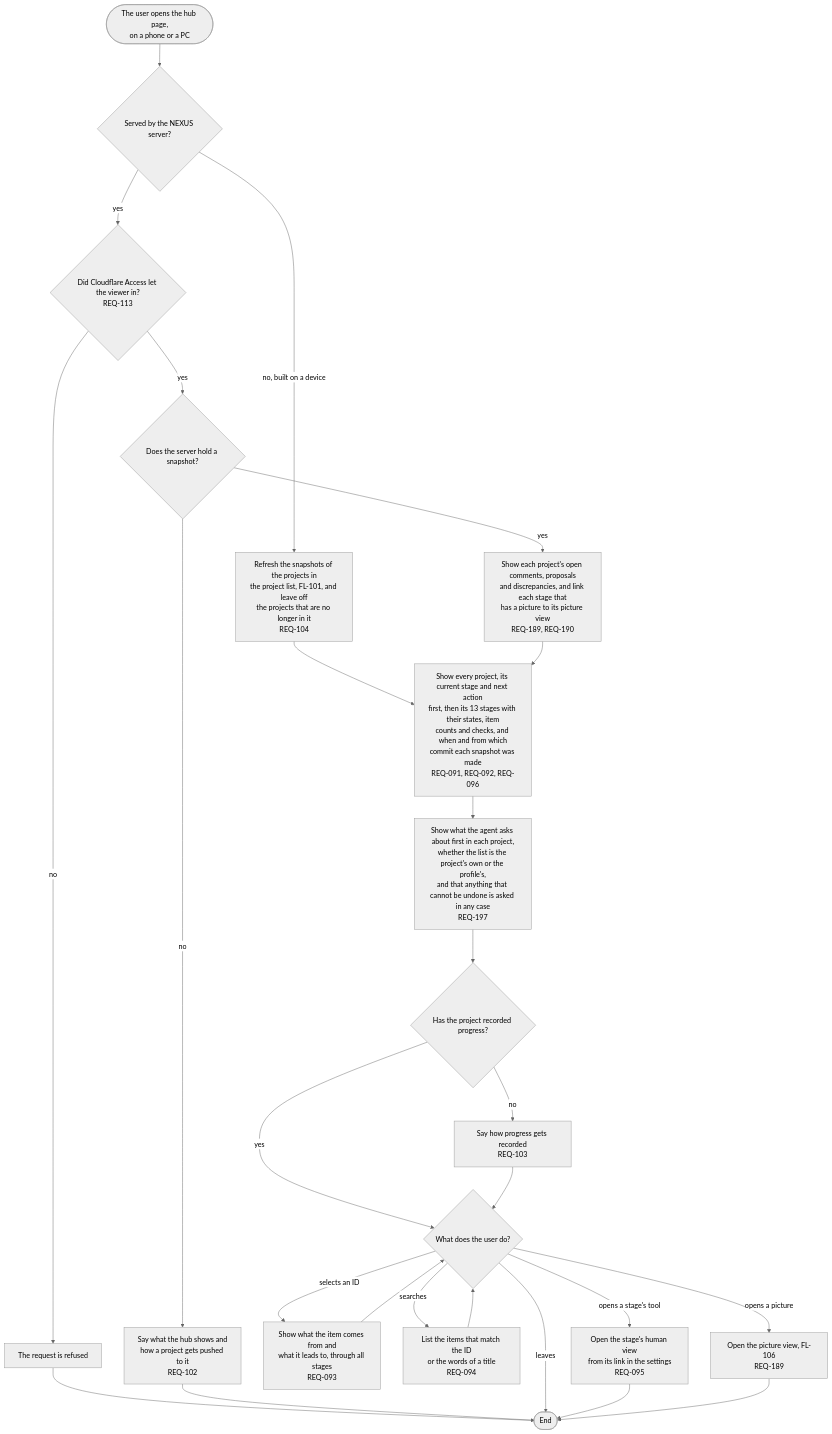
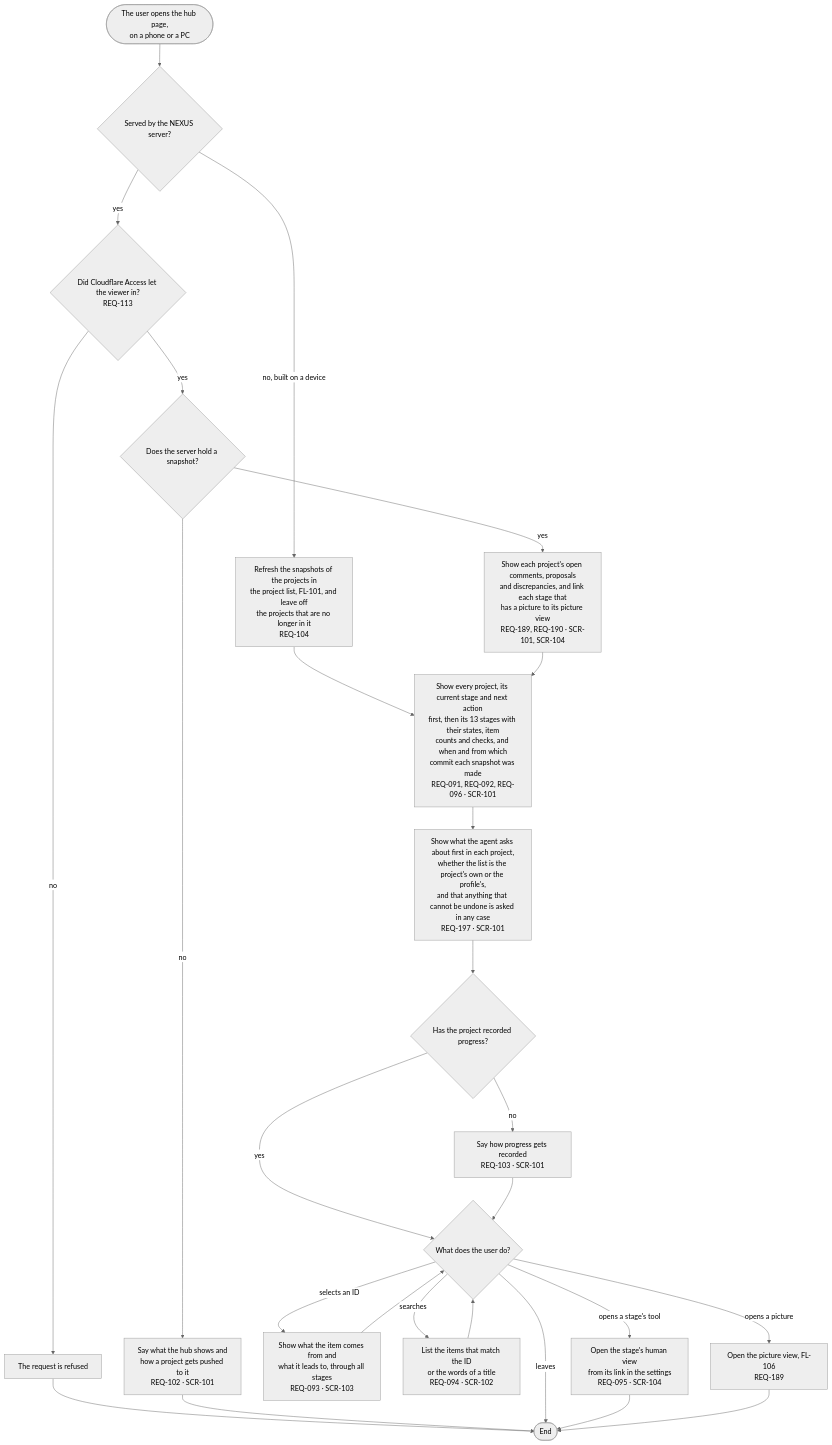
One commit to kodonghui/corthex-nexus changed the diagram in docs/03-user-flow/nexus/FL-105-see-the-hub-page.md. Above: the diagram before and after it, drawn with Mermaid (neutral theme). The commit also changed 19 other files, not shown here.

````diff
--- a/docs/03-user-flow/nexus/FL-105-see-the-hub-page.md
+++ b/docs/03-user-flow/nexus/FL-105-see-the-hub-page.md
@@ -9,28 +9,28 @@
 ```mermaid
 flowchart TD
   A(["The user opens the hub page,<br/>on a phone or a PC"]) --> B{"Served by the NEXUS server?"}
   B -->|no, built on a device| C["Refresh the snapshots of the projects in<br/>the project list, FL-101, and leave off<br/>the projects that are no longer in it<br/>REQ-104"]
   B -->|yes| D{"Did Cloudflare Access let the viewer in?<br/>REQ-113"}
   D -->|no| D1["The request is refused"]
   D1 --> Z(["End"])
   D -->|yes| E{"Does the server hold a snapshot?"}
-  E -->|no| E1["Say what the hub shows and<br/>how a project gets pushed to it<br/>REQ-102"]
+  E -->|no| E1["Say what the hub shows and<br/>how a project gets pushed to it<br/>REQ-102 · SCR-101"]
   E1 --> Z
-  E -->|yes| F["Show each project's open comments, proposals<br/>and discrepancies, and link each stage that<br/>has a picture to its picture view<br/>REQ-189, REQ-190"]
+  E -->|yes| F["Show each project's open comments, proposals<br/>and discrepancies, and link each stage that<br/>has a picture to its picture view<br/>REQ-189, REQ-190 · SCR-101, SCR-104"]
   C --> G
-  F --> G["Show every project, its current stage and next action<br/>first, then its 13 stages with their states, item<br/>counts and checks, and when and from which<br/>commit each snapshot was made<br/>REQ-091, REQ-092, REQ-096"]
-  G --> G1["Show what the agent asks about first in each project,<br/>whether the list is the project's own or the profile's,<br/>and that anything that cannot be undone is asked in any case<br/>REQ-197"]
+  F --> G["Show every project, its current stage and next action<br/>first, then its 13 stages with their states, item<br/>counts and checks, and when and from which<br/>commit each snapshot was made<br/>REQ-091, REQ-092, REQ-096 · SCR-101"]
+  G --> G1["Show what the agent asks about first in each project,<br/>whether the list is the project's own or the profile's,<br/>and that anything that cannot be undone is asked in any case<br/>REQ-197 · SCR-101"]
   G1 --> H{"Has the project recorded progress?"}
-  H -->|no| H1["Say how progress gets recorded<br/>REQ-103"]
+  H -->|no| H1["Say how progress gets recorded<br/>REQ-103 · SCR-101"]
   H -->|yes| I
   H1 --> I{"What does the user do?"}
-  I -->|selects an ID| J["Show what the item comes from and<br/>what it leads to, through all stages<br/>REQ-093"]
-  I -->|searches| K["List the items that match the ID<br/>or the words of a title<br/>REQ-094"]
-  I -->|opens a stage's tool| L["Open the stage's human view<br/>from its link in the settings<br/>REQ-095"]
+  I -->|selects an ID| J["Show what the item comes from and<br/>what it leads to, through all stages<br/>REQ-093 · SCR-103"]
+  I -->|searches| K["List the items that match the ID<br/>or the words of a title<br/>REQ-094 · SCR-102"]
+  I -->|opens a stage's tool| L["Open the stage's human view<br/>from its link in the settings<br/>REQ-095 · SCR-104"]
   I -->|opens a picture| M["Open the picture view, FL-106<br/>REQ-189"]
   I -->|leaves| Z
   J --> I
   K --> I
   L --> Z
   M --> Z
 ```
````
